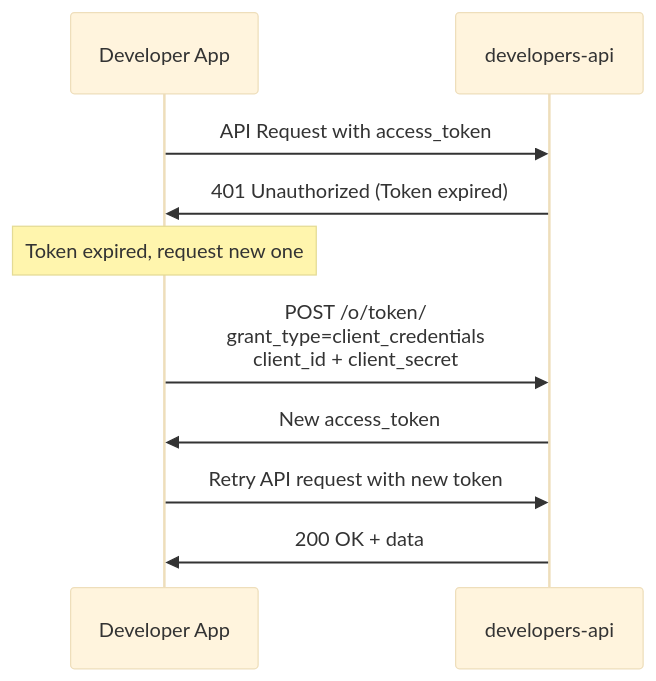
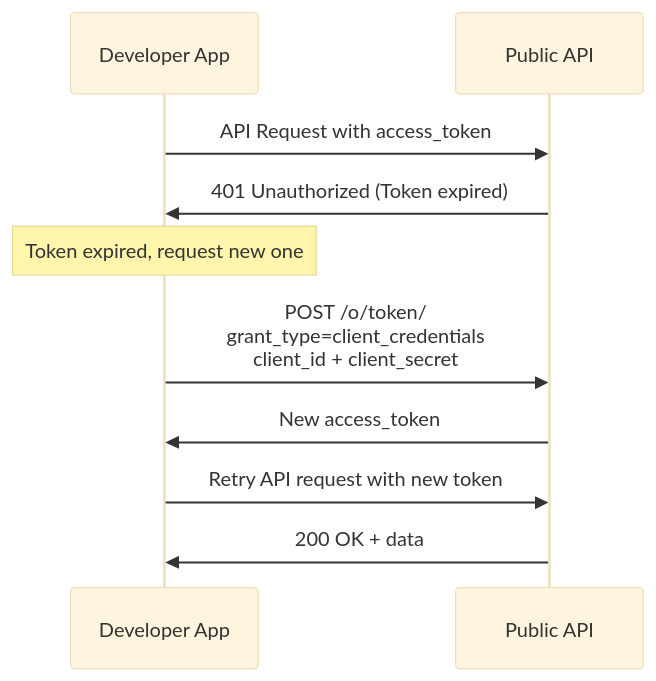
The eighth of 8 diagrams in docs/AUTHENTICATION.md (Itqan-community/cms-backend), drawn with Mermaid (base theme) before and after one commit. The commit also changed other lines of this file and 4 other files, not shown here.

Commit message:
remove /developers-api

````diff
--- a/docs/AUTHENTICATION.md
+++ b/docs/AUTHENTICATION.md
@@ -377,16 +377,16 @@
 ```mermaid
 sequenceDiagram
     participant App as Developer App
-    participant API as developers-api
+    participant API as Public API
 
     App->>API: API Request with access_token
     API->>App: 401 Unauthorized (Token expired)
 
     Note over App: Token expired, request new one
 
     App->>API: POST /o/token/<br/>grant_type=client_credentials<br/>client_id + client_secret
     API->>App: New access_token
 
     App->>API: Retry API request with new token
     API->>App: 200 OK + data
 ```
````
